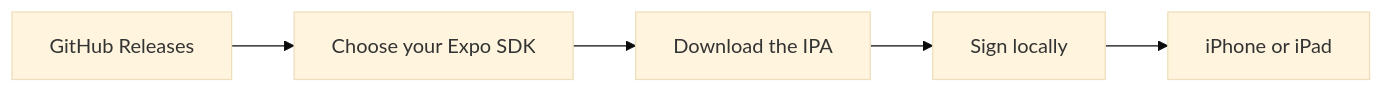
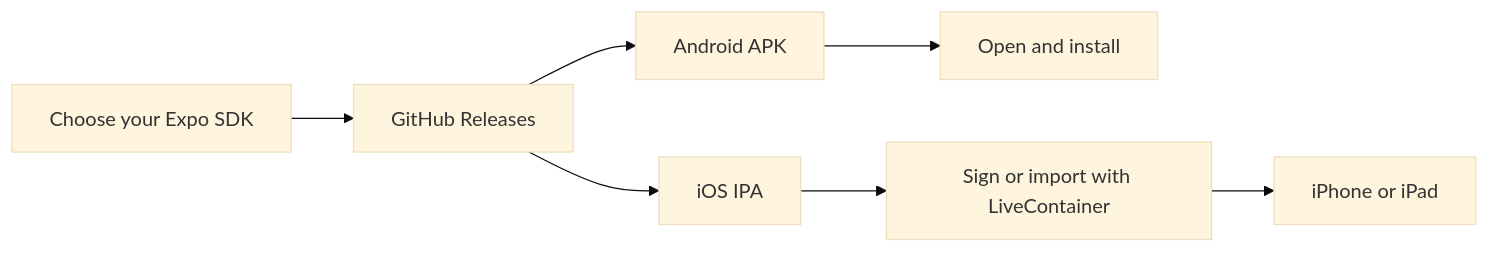
One commit to Vaibhavsh0120/Expo-Go-Builds changed the first of 2 diagrams in README.md. Above: the diagram before and after it, drawn with Mermaid (base theme). The commit also changed other lines of this file and 51 other files, not shown here.

Commit message:
feat: launch responsive Expo Go downloads for iOS and Android

````diff
--- a/README.md
+++ b/README.md
@@ -52,7 +28,9 @@
 ```mermaid
 flowchart LR
-    A[GitHub Releases] --> B[Choose your Expo SDK]
-    B --> C[Download the IPA]
-    C --> D[Sign locally]
-    D --> E[iPhone or iPad]
+    A[Choose your Expo SDK] --> B[GitHub Releases]
+    B --> C[Android APK]
+    B --> D[iOS IPA]
+    C --> E[Open and install]
+    D --> F[Sign or import with LiveContainer]
+    F --> G[iPhone or iPad]
 ```
````
